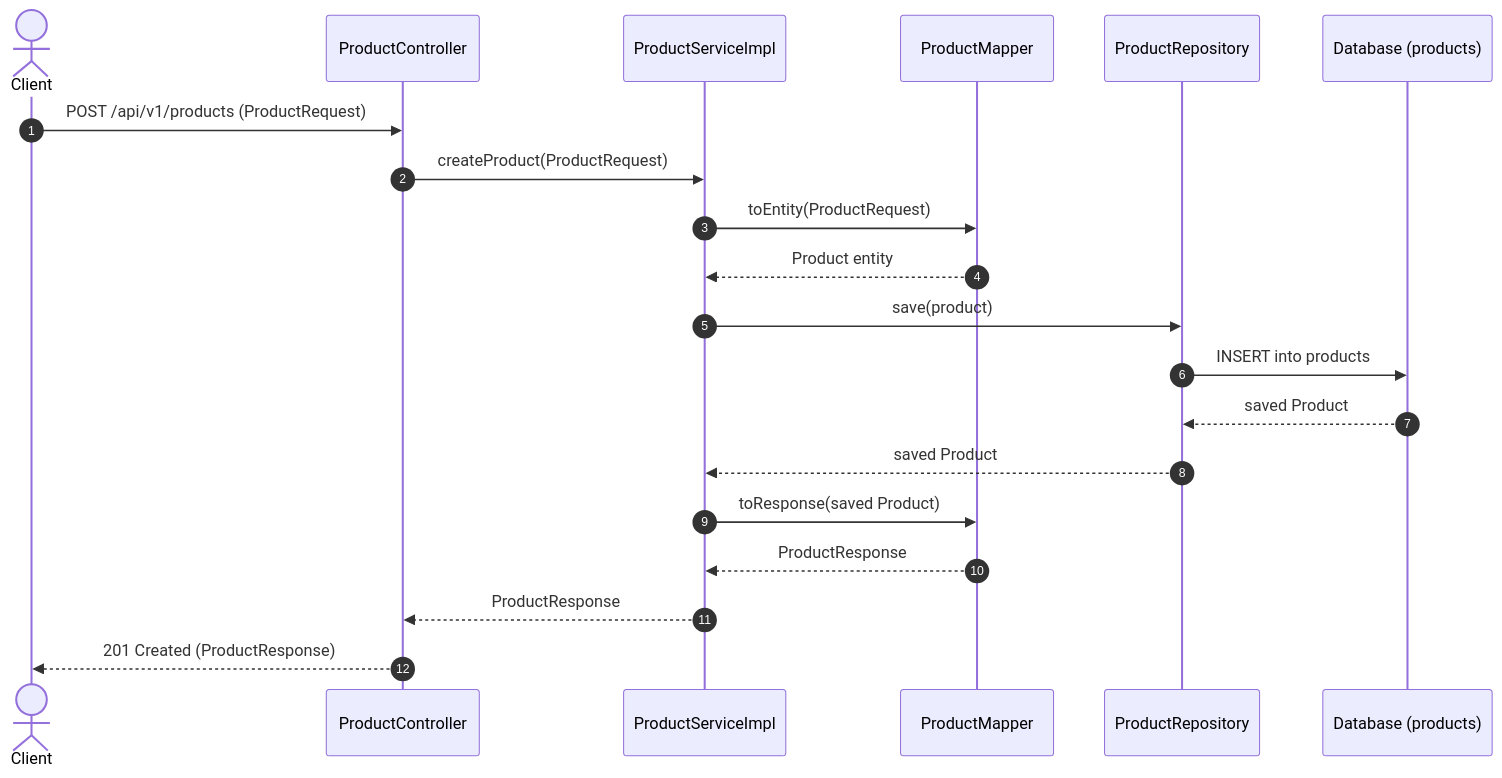
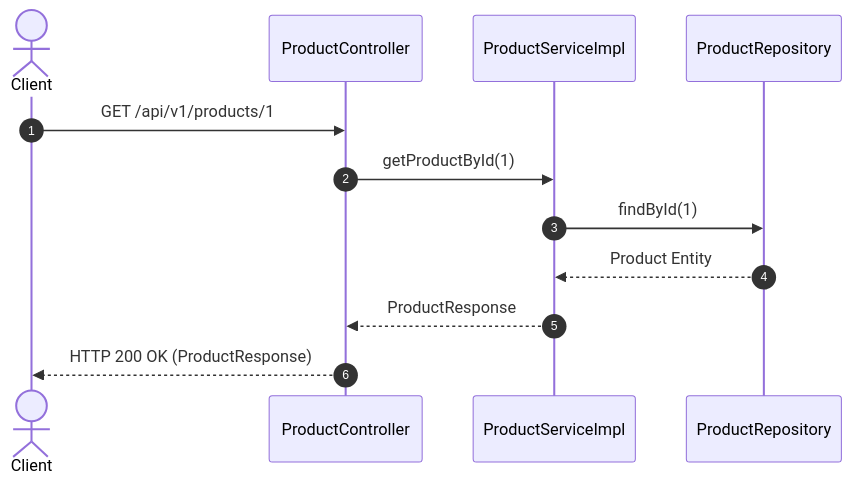
One commit to Amitgupta0001/amazon-scale-backend changed the first of 2 diagrams in docs/Product.md. Above: the diagram before and after it, drawn with Mermaid. The commit also changed other lines of this file and 26 other files, not shown here.

Commit message:
docs: document project architecture, API, security, database, and modules

````diff
--- a/docs/Product.md
+++ b/docs/Product.md
@@ -370,23 +168,15 @@
 ```mermaid
 sequenceDiagram
     autonumber
     actor Client
-    participant Controller as ProductController
-    participant Service as ProductServiceImpl
-    participant Mapper as ProductMapper
+    participant Ctrl as ProductController
+    participant Svc as ProductServiceImpl
     participant Repo as ProductRepository
-    participant DB as Database (products)
 
-    Client->>Controller: POST /api/v1/products (ProductRequest)
-    Controller->>Service: createProduct(ProductRequest)
-    Service->>Mapper: toEntity(ProductRequest)
-    Mapper-->>Service: Product entity
-    Service->>Repo: save(product)
-    Repo->>DB: INSERT into products
-    DB-->>Repo: saved Product
-    Repo-->>Service: saved Product
-    Service->>Mapper: toResponse(saved Product)
-    Mapper-->>Service: ProductResponse
-    Service-->>Controller: ProductResponse
-    Controller-->>Client: 201 Created (ProductResponse)
+    Client->>Ctrl: GET /api/v1/products/1
+    Ctrl->>Svc: getProductById(1)
+    Svc->>Repo: findById(1)
+    Repo-->>Svc: Product Entity
+    Svc-->>Ctrl: ProductResponse
+    Ctrl-->>Client: HTTP 200 OK (ProductResponse)
 ```
````
